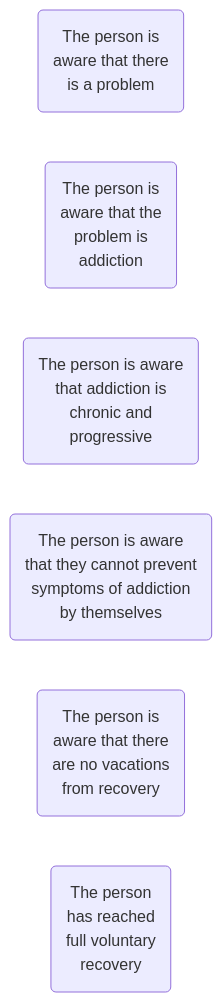
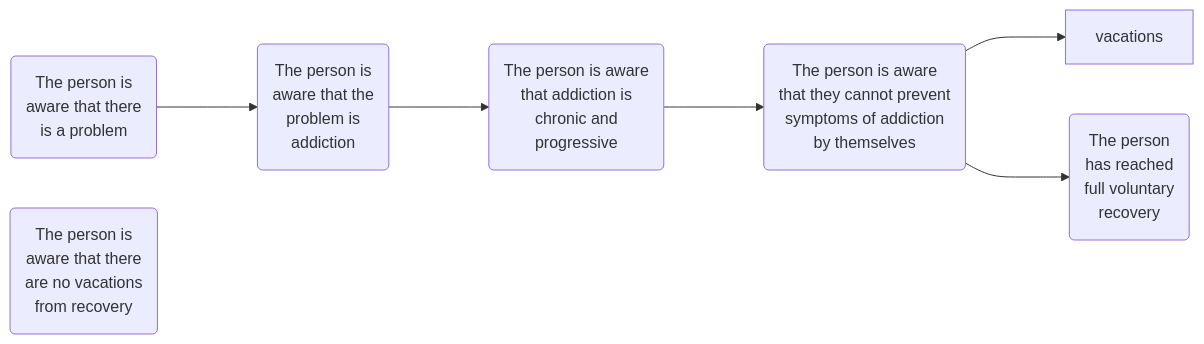
Before and after one commit to hwetsman/TOC_Trees: the diagram in Recovery_Cognitions.md, drawn with Mermaid.

Commit message:
Refactor: add links

`````diff
--- a/Recovery_Cognitions.md
+++ b/Recovery_Cognitions.md
@@ -3,12 +3,18 @@
 ````mermaid
 flowchart LR
+
 aware(The person is <br>aware that there <br>is a problem)
 addiction(The person is <br>aware that the <br>problem is <br>addiction)
-chronic(The person is aware <br>that addiction is <br>chronic and <br>progressive)
-alone(The person is aware <br>that they cannot prevent <br>symptoms of addiction <br>by themselves)
-vactions(The person is <br>aware that there <br>are no vacations <br>from recovery)
-goal(The person <br>has reached <br>full voluntary <br>recovery)
+    aware--->addiction
+    chronic(The person is aware <br>that addiction is <br>chronic and <br>progressive)
+        addiction--->chronic
+        alone(The person is aware <br>that they cannot prevent <br>symptoms of addiction <br>by themselves)
+            chronic--->alone
+            vactions(The person is <br>aware that there <br>are no vacations <br>from recovery)
+                alone--->vacations
+                goal(The person <br>has reached <br>full voluntary <br>recovery)
+                    alone--->goal
 
 
 
 ````
`````
